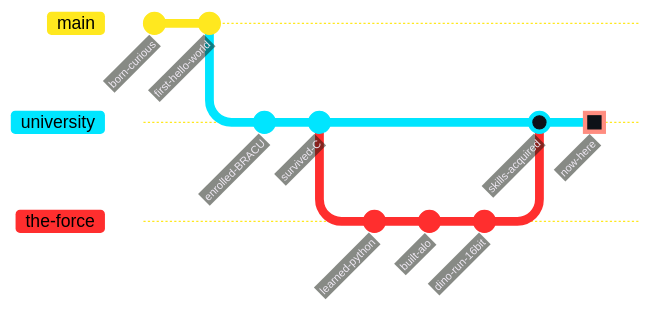
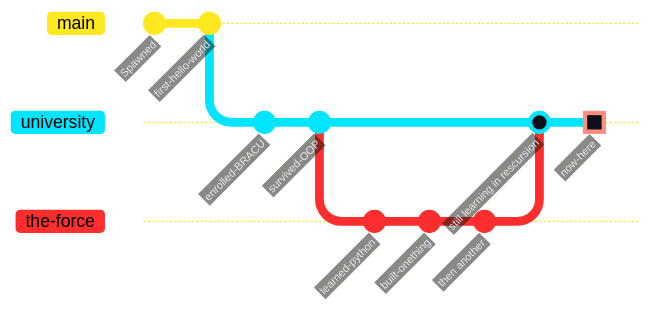
One commit to nasablueberry/nasablueberry changed the second of 2 diagrams in README.md. Above: the diagram before and after it, drawn with Mermaid.

Commit message:
Update commit IDs in README.md git graph

````diff
--- a/README.md
+++ b/README.md
@@ -203,18 +203,18 @@
 ```mermaid
 %%{init: {'theme':'base','themeVariables':{'primaryColor':'#0D1117','primaryTextColor':'#FFE81F','lineColor':'#FFE81F','fontFamily':'monospace','git0':'#FFE81F','git1':'#00E5FF','git2':'#FF2E2E','gitBranchLabel0':'#000000','gitBranchLabel1':'#000000','gitBranchLabel2':'#000000'}}}%%
 gitGraph
-    commit id: "born-curious"
+    commit id: "Spawned"
     commit id: "first-hello-world"
     branch university
     checkout university
     commit id: "enrolled-BRACU"
-    commit id: "survived-C"
+    commit id: "survived-OOP"
     branch the-force
     checkout the-force
     commit id: "learned-python"
-    commit id: "built-alo"
-    commit id: "dino-run-16bit"
+    commit id: "built-onething"
+    commit id: "then another"
     checkout university
-    merge the-force id: "skills-acquired"
+    merge the-force id: "still learning in rescursion"
     commit id: "now-here" type: HIGHLIGHT
 ```
````
